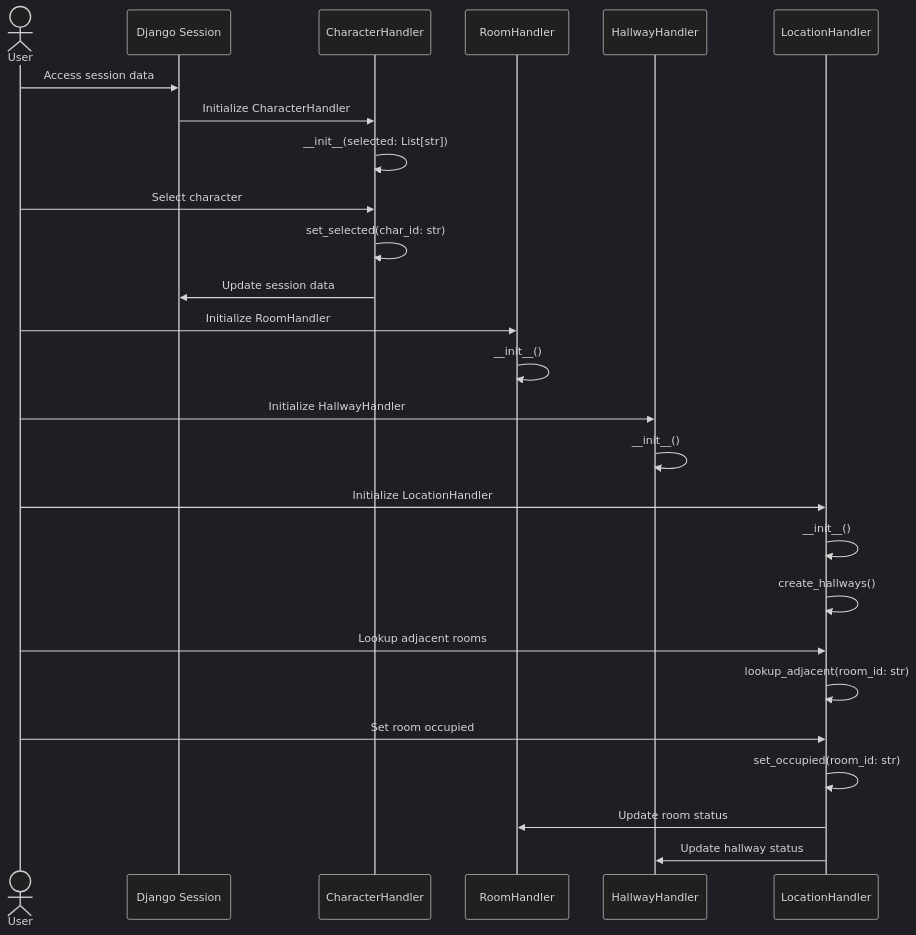
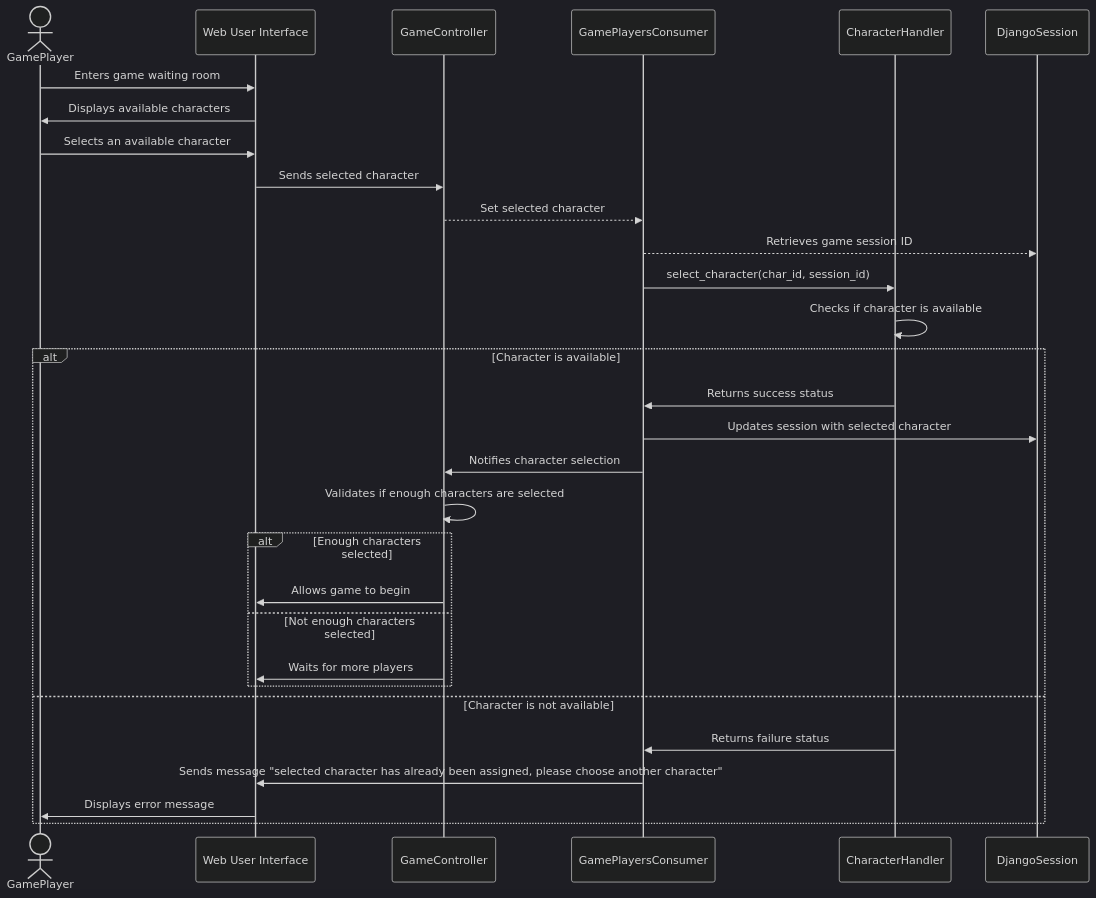
One commit to arorakarnika/Cluegonauts changed the first of 5 diagrams in design_diagrams.md. Above: the diagram before and after it, drawn with Mermaid (dark theme). The commit also changed other lines of this file, not shown here.

Commit message:
Add use-case specific design diagrams, update class diagram

````diff
--- a/design_diagrams.md
+++ b/design_diagrams.md
@@ -3,35 +3,33 @@
 ```mermaid
 sequenceDiagram
-    actor User
-    participant Session as Django Session
-    participant CH as CharacterHandler
-    participant RH as RoomHandler
-    participant HH as HallwayHandler
-    participant LH as LocationHandler
+    actor GamePlayer
+    participant WebUI as Web User Interface
+    participant GameController
+    participant GamePlayersConsumer
+    participant CharacterHandler
+    participant DjangoSession
 
-    User ->> Session: Access session data
-    Session ->> CH: Initialize CharacterHandler
-    CH ->> CH: __init__(selected: List[str])
-    User ->> CH: Select character
-    CH ->> CH: set_selected(char_id: str)
-    CH ->> Session: Update session data
-
-    User ->> RH: Initialize RoomHandler
-    RH ->> RH: __init__()
-
-    User ->> HH: Initialize HallwayHandler
-    HH ->> HH: __init__()
-
-    User ->> LH: Initialize LocationHandler
-    LH ->> LH: __init__()
-    LH ->> LH: create_hallways()
-
-    User ->> LH: Lookup adjacent rooms
-    LH ->> LH: lookup_adjacent(room_id: str)
-
-    User ->> LH: Set room occupied
-    LH ->> LH: set_occupied(room_id: str)
-    LH ->> RH: Update room status
-    LH ->> HH: Update hallway status
-
+    GamePlayer ->> WebUI: Enters game waiting room
+    WebUI ->> GamePlayer: Displays available characters
+    GamePlayer ->> WebUI: Selects an available character
+    WebUI ->> GameController: Sends selected character
+    GameController -->> GamePlayersConsumer: Set selected character
+    GamePlayersConsumer -->> DjangoSession: Retrieves game session ID
+    GamePlayersConsumer ->> CharacterHandler: select_character(char_id, session_id)
+    CharacterHandler ->> CharacterHandler: Checks if character is available
+    alt Character is available
+        CharacterHandler ->> GamePlayersConsumer: Returns success status
+        GamePlayersConsumer ->> DjangoSession: Updates session with selected character
+        GamePlayersConsumer ->> GameController: Notifies character selection
+        GameController ->> GameController: Validates if enough characters are selected
+        alt Enough characters selected
+            GameController ->> WebUI: Allows game to begin
+        else Not enough characters selected
+            GameController ->> WebUI: Waits for more players
+        end
+    else Character is not available
+        CharacterHandler ->> GamePlayersConsumer: Returns failure status
+        GamePlayersConsumer ->> WebUI: Sends message "selected character has already been assigned, please choose another character"
+        WebUI ->> GamePlayer: Displays error message
+    end
 ```
````
